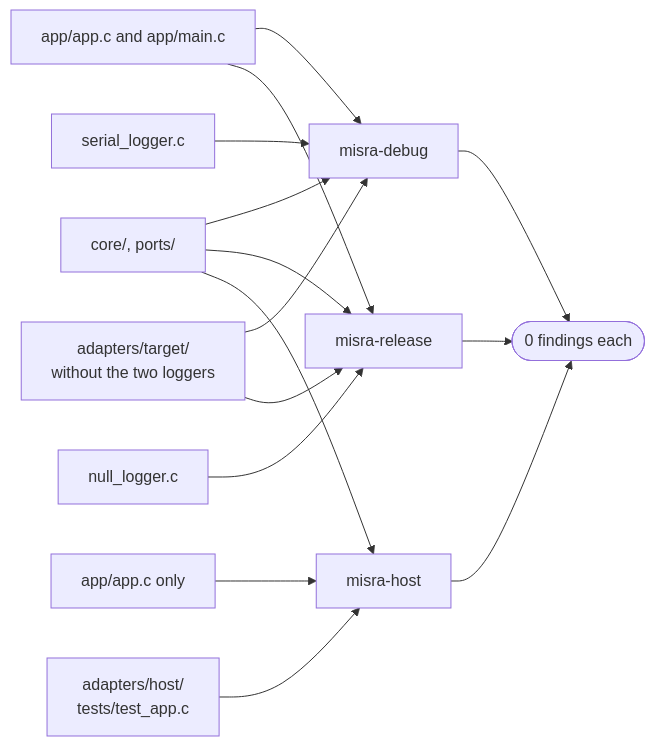
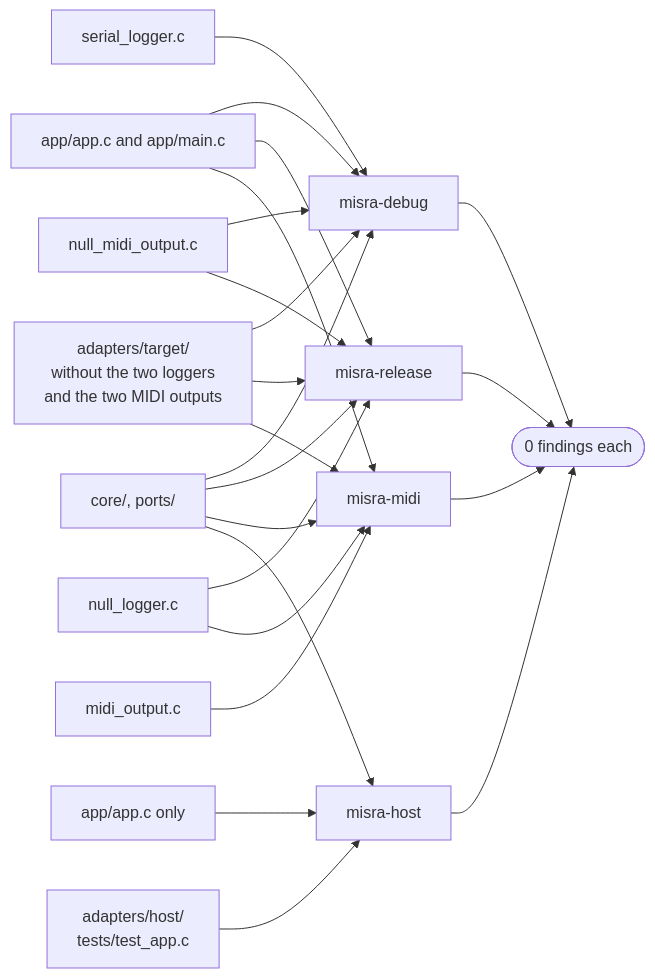
Before and after one commit to BonelessPig/nano_sequencer: diagram 28 of 28 in docs/ARCHITECTURE.md, drawn with Mermaid. The commit also changed other lines of this file and 46 other files, not shown here.

````diff
--- a/docs/ARCHITECTURE.md
+++ b/docs/ARCHITECTURE.md
@@ -1339,18 +1444,26 @@
 ```mermaid
 flowchart LR
     shared["core/, ports/"]
     shared --> d["misra-debug"]
     shared --> r["misra-release"]
+    shared --> m["misra-midi"]
     shared --> h["misra-host"]
     appall["app/app.c and app/main.c"] --> d
     appall --> r
+    appall --> m
     appc["app/app.c only"] --> h
-    tgt["adapters/target/<br/>without the two loggers"] --> d
+    tgt["adapters/target/<br/>without the two loggers<br/>and the two MIDI outputs"] --> d
     tgt --> r
+    tgt --> m
     ser["serial_logger.c"] --> d
     nul["null_logger.c"] --> r
+    nul --> m
+    nmo["null_midi_output.c"] --> d
+    nmo --> r
+    mo["midi_output.c"] --> m
     hst["adapters/host/<br/>tests/test_app.c"] --> h
     d --> zero(["0 findings each"])
     r --> zero
+    m --> zero
     h --> zero
 ```
````
